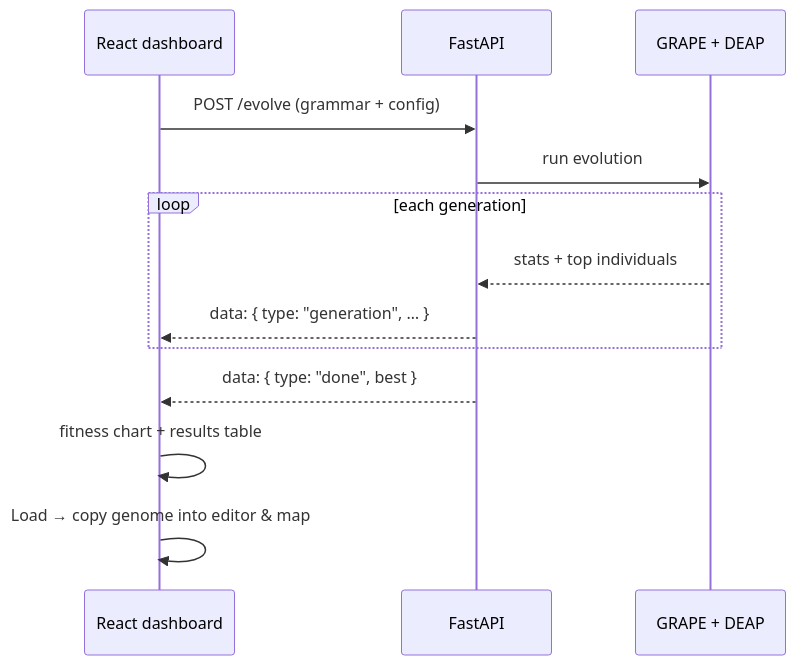
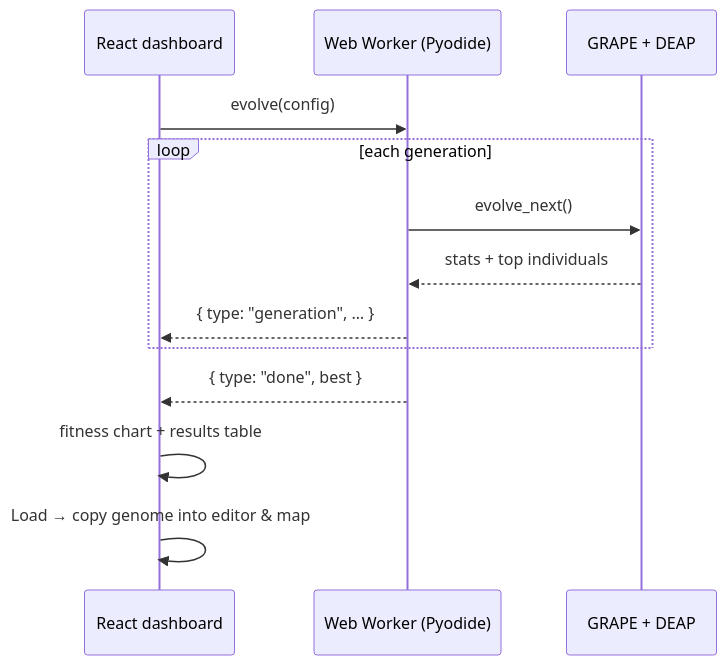
The third of 3 diagrams in README.md (Caephas/GE-Visualizer), drawn with Mermaid before and after one commit. The commit also changed other lines of this file and 76 other files, not shown here.

Commit message:
refactor: migrate python backend execution to client-side pyodide worker

````diff
--- a/README.md
+++ b/README.md
@@ -87,15 +86,15 @@
 ```mermaid
 sequenceDiagram
   participant F as React dashboard
-  participant A as FastAPI
+  participant W as Web Worker (Pyodide)
   participant G as GRAPE + DEAP
-  F->>A: POST /evolve (grammar + config)
-  A->>G: run evolution
+  F->>W: evolve(config)
   loop each generation
-    G-->>A: stats + top individuals
-    A-->>F: data: { type: "generation", … }
+    W->>G: evolve_next()
+    G-->>W: stats + top individuals
+    W-->>F: { type: "generation", … }
   end
-  A-->>F: data: { type: "done", best }
+  W-->>F: { type: "done", best }
   F->>F: fitness chart + results table
   F->>F: Load → copy genome into editor & map
 ```
````
